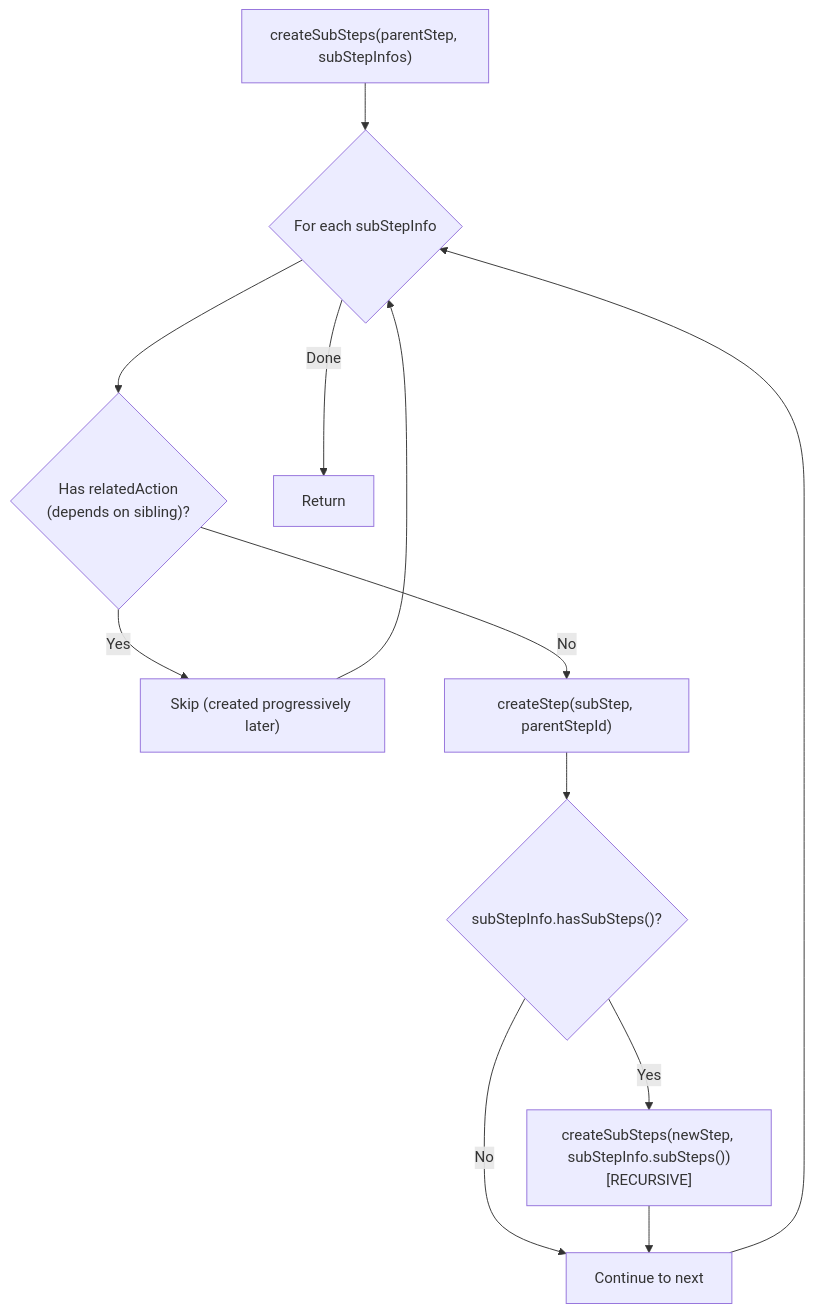
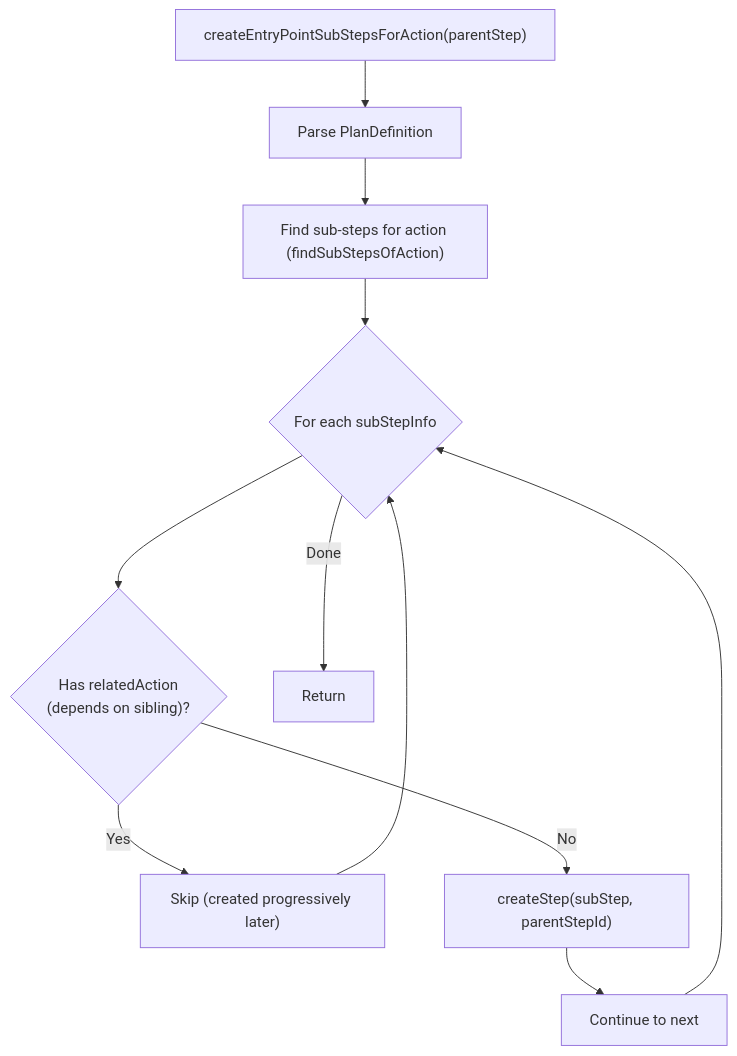
Diagram 11 of 11 in docs/flow-diagrams.md (Jayaprakash8887/cce-compliance-service), drawn with Mermaid before and after one commit. The commit also changed other lines of this file and 13 other files, not shown here.

First line of the commit message:
Refactor PlanDefinitionParser tests and related classes for step-inside-step structure

````diff
--- a/docs/flow-diagrams.md
+++ b/docs/flow-diagrams.md
@@ -538,17 +527,15 @@
 ```mermaid
 flowchart TD
-    START["createSubSteps(parentStep, subStepInfos)"] --> LOOP{"For each subStepInfo"}
+    START["createEntryPointSubStepsForAction(parentStep)"] --> PARSE["Parse PlanDefinition"]
+    PARSE --> FIND["Find sub-steps for action (findSubStepsOfAction)"]
+    FIND --> LOOP{"For each subStepInfo"}
     LOOP --> HAS_DEP{"Has relatedAction<br/>(depends on sibling)?"}
 
     HAS_DEP -->|"Yes"| SKIP["Skip (created progressively later)"]
     HAS_DEP -->|"No"| CREATE["createStep(subStep, parentStepId)"]
 
-    CREATE --> IS_GROUP{"subStepInfo.hasSubSteps()?"}
-    IS_GROUP -->|"Yes"| RECURSE["createSubSteps(newStep, subStepInfo.subSteps())<br/>[RECURSIVE]"]
-    IS_GROUP -->|"No"| NEXT["Continue to next"]
-
+    CREATE --> NEXT["Continue to next"]
     SKIP --> LOOP
-    RECURSE --> NEXT
     NEXT --> LOOP
     LOOP -->|"Done"| END["Return"]
 ```
````
